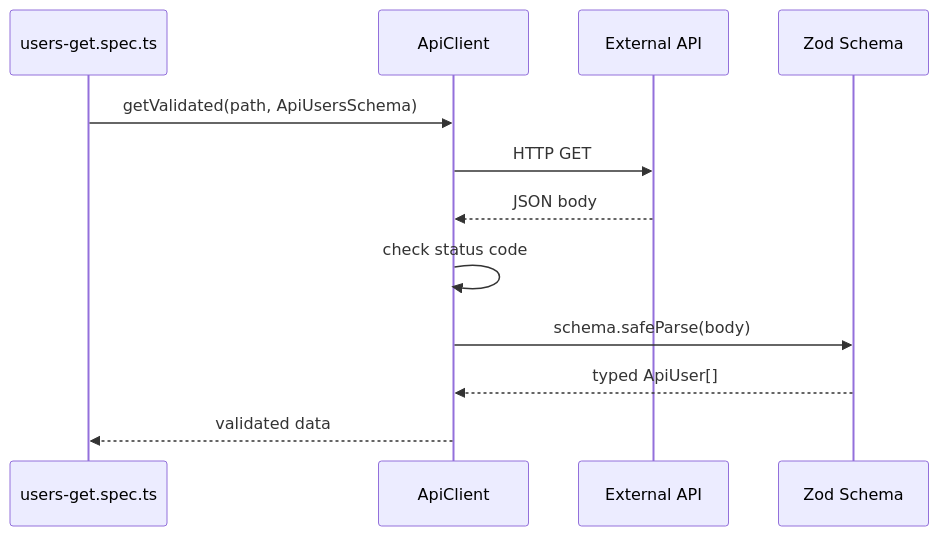
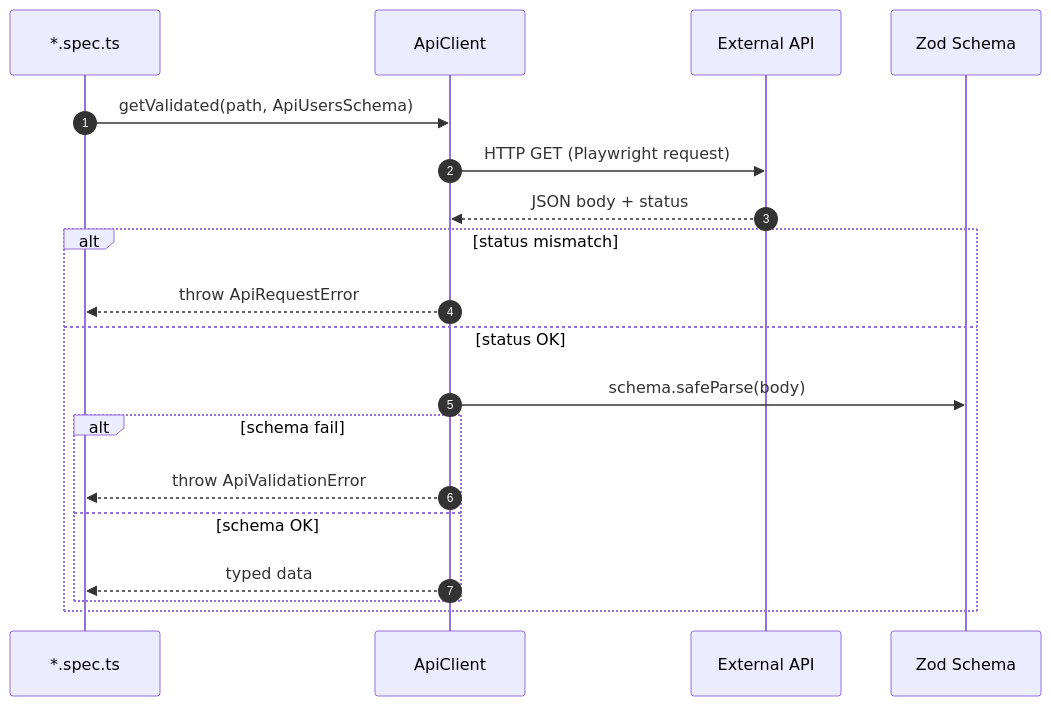
One commit to hemantjanrao/playwright-learning changed the sixth of 9 diagrams in docs/ARCHITECTURE.md. Above: the diagram before and after it, drawn with Mermaid. The commit also changed other lines of this file and 7 other files, not shown here.

````diff
--- a/docs/ARCHITECTURE.md
+++ b/docs/ARCHITECTURE.md
@@ -113,15 +251,23 @@
 ```mermaid
 sequenceDiagram
-    participant Spec as users-get.spec.ts
+    autonumber
+    participant Spec as *.spec.ts
     participant Client as ApiClient
     participant API as External API
     participant Zod as Zod Schema
 
     Spec->>Client: getValidated(path, ApiUsersSchema)
-    Client->>API: HTTP GET
-    API-->>Client: JSON body
-    Client->>Client: check status code
-    Client->>Zod: schema.safeParse(body)
-    Zod-->>Client: typed ApiUser[]
-    Client-->>Spec: validated data
+    Client->>API: HTTP GET (Playwright request)
+    API-->>Client: JSON body + status
+
+    alt status mismatch
+        Client-->>Spec: throw ApiRequestError
+    else status OK
+        Client->>Zod: schema.safeParse(body)
+        alt schema fail
+            Client-->>Spec: throw ApiValidationError
+        else schema OK
+            Client-->>Spec: typed data
+        end
+    end
 ```
````
